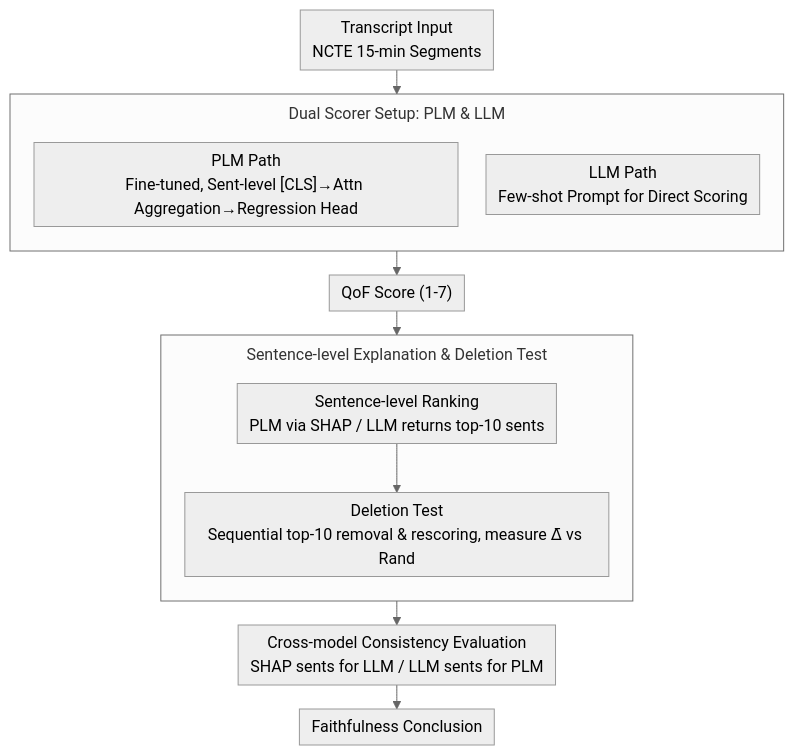
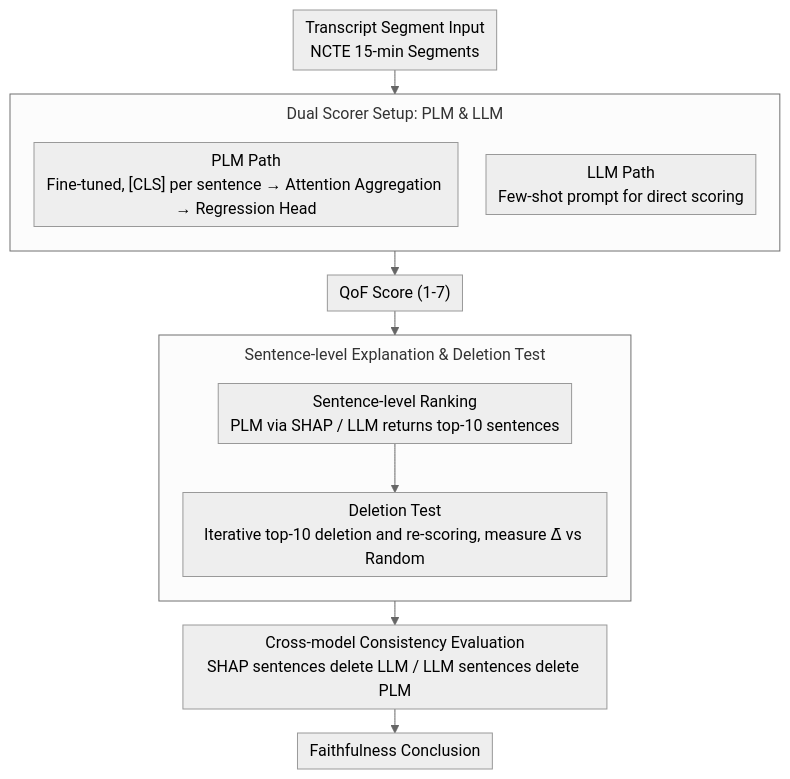
Before and after one commit to zhaoyang97/Paper-Notes-en: the diagram in docs/ACL2026/aigc_detection/from_scoring_to_explanations_evaluating_shap_and_llm_rationales_for_rubric-based.md, drawn with Mermaid (neutral theme). The commit also changed other lines of this file and 5084 other files, not shown here.

````diff
--- a/docs/ACL2026/aigc_detection/from_scoring_to_explanations_evaluating_shap_and_llm_rationales_for_rubric-based.md
+++ b/docs/ACL2026/aigc_detection/from_scoring_to_explanations_evaluating_shap_and_llm_rationales_for_rubric-based.md
@@ -43,20 +43,20 @@
 ```mermaid
 %%{init: {'flowchart': {'rankSpacing': 24, 'nodeSpacing': 28, 'padding': 6, 'wrappingWidth': 400, 'subGraphTitleMargin': {'top': 8, 'bottom': 16}}}}%%
 flowchart TD
-    A["Transcript Input<br/>NCTE 15-min Segments"]
+    A["Transcript Segment Input<br/>NCTE 15-min Segments"]
     subgraph SCORER["Dual Scorer Setup: PLM & LLM"]
         direction TB
-        P["PLM Path<br/>Fine-tuned, Sent-level [CLS]→Attn Aggregation→Regression Head"]
-        L["LLM Path<br/>Few-shot Prompt for Direct Scoring"]
+        P["PLM Path<br/>Fine-tuned, [CLS] per sentence → Attention Aggregation → Regression Head"]
+        L["LLM Path<br/>Few-shot prompt for direct scoring"]
     end
     A --> SCORER
     SCORER --> S["QoF Score (1-7)"]
     subgraph EXPL["Sentence-level Explanation & Deletion Test"]
         direction TB
-        E["Sentence-level Ranking<br/>PLM via SHAP / LLM returns top-10 sents"]
-        E --> D["Deletion Test<br/>Sequential top-10 removal & rescoring, measure Δ̄ vs Rand"]
+        E["Sentence-level Ranking<br/>PLM via SHAP / LLM returns top-10 sentences"]
+        E --> D["Deletion Test<br/>Iterative top-10 deletion and re-scoring, measure Δ̄ vs Random"]
     end
     S --> EXPL
-    EXPL --> T["Cross-model Consistency Evaluation<br/>SHAP sents for LLM / LLM sents for PLM"]
+    EXPL --> T["Cross-model Consistency Evaluation<br/>SHAP sentences delete LLM / LLM sentences delete PLM"]
     T --> O["Faithfulness Conclusion"]
 ```
````
